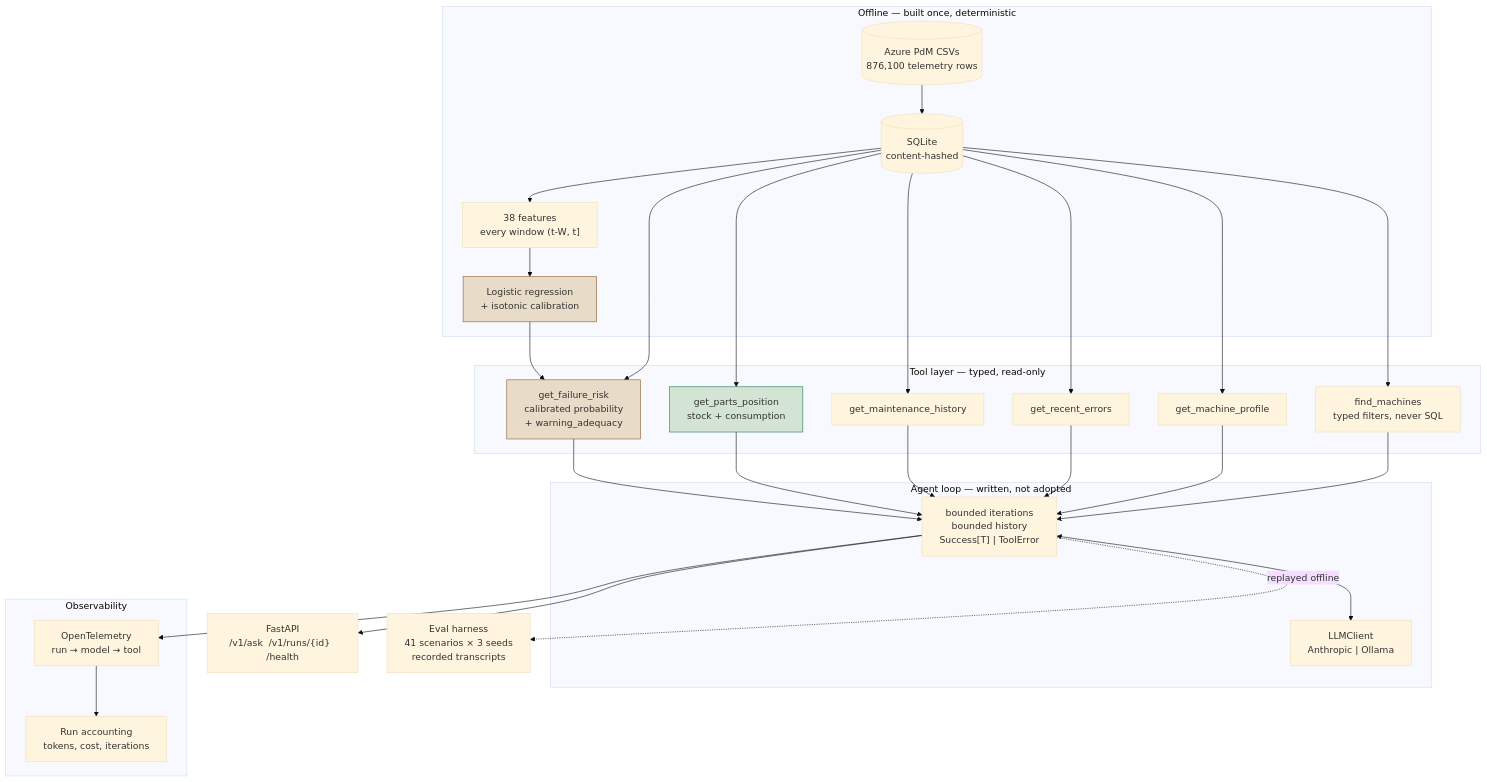
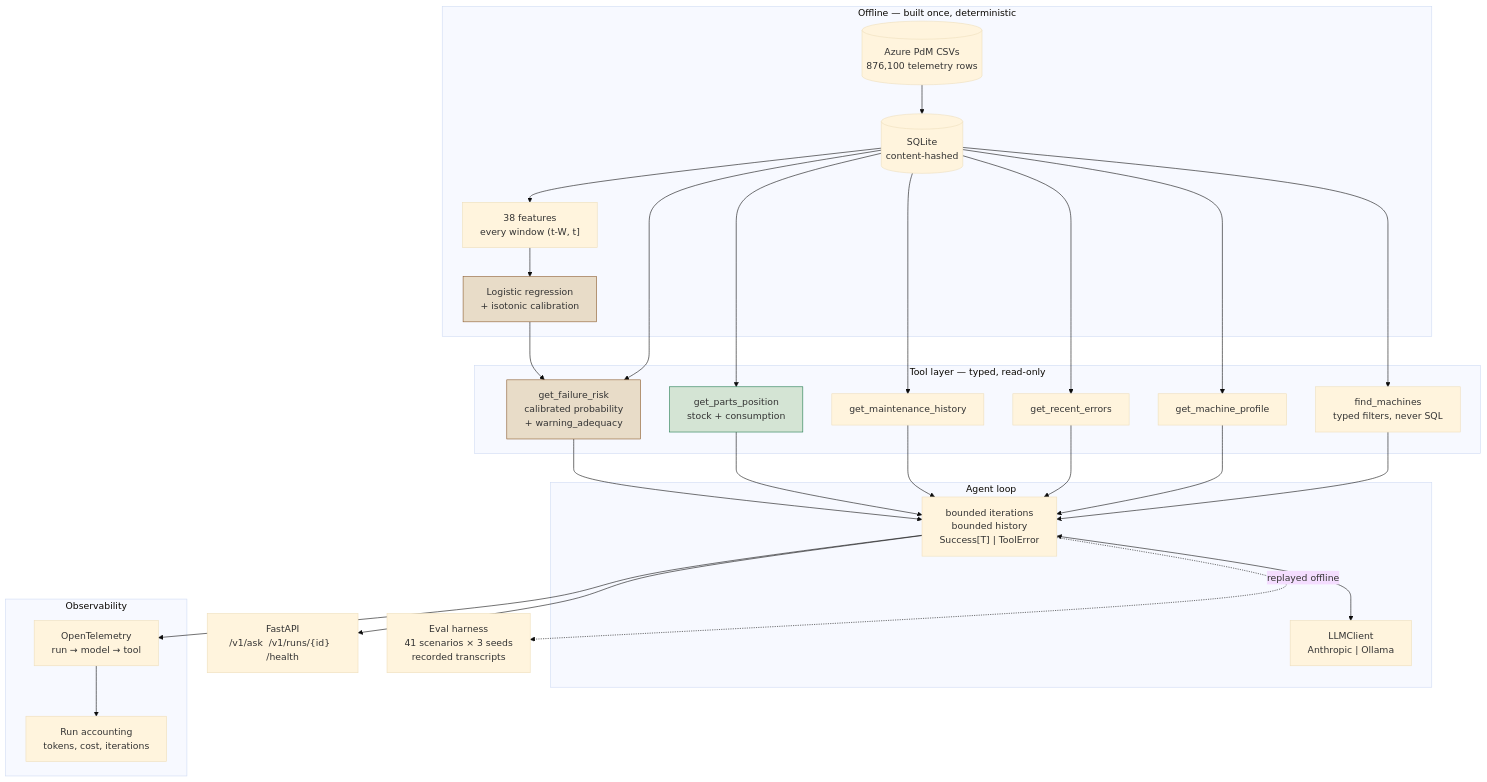
One commit to LomadaDharmateja/predictive-maintenance-agent changed the diagram in README.md. Above: the diagram before and after it, drawn with Mermaid (base theme). The commit also changed other lines of this file and 1 other file, not shown here.

````diff
--- a/README.md
+++ b/README.md
@@ -153,45 +94,45 @@
 ```mermaid
 flowchart TB
     subgraph offline["Offline — built once, deterministic"]
         raw[("Azure PdM CSVs<br/>876,100 telemetry rows")]
         db[("SQLite<br/>content-hashed")]
         feat["38 features<br/>every window (t-W, t]"]
         model["Logistic regression<br/>+ isotonic calibration"]
         raw --> db --> feat --> model
     end
 
     subgraph tools["Tool layer — typed, read-only"]
         risk["get_failure_risk<br/>calibrated probability<br/>+ warning_adequacy"]
         parts["get_parts_position<br/>stock + consumption"]
         hist["get_maintenance_history"]
         errs["get_recent_errors"]
         prof["get_machine_profile"]
         find["find_machines<br/>typed filters, never SQL"]
     end
 
-    subgraph agent["Agent loop — written, not adopted"]
+    subgraph agent["Agent loop"]
         loop["bounded iterations<br/>bounded history<br/>Success[T] | ToolError"]
         prov["LLMClient<br/>Anthropic | Ollama"]
     end
 
     subgraph obs["Observability"]
         span["OpenTelemetry<br/>run → model → tool"]
         acct["Run accounting<br/>tokens, cost, iterations"]
     end
 
     api["FastAPI<br/>/v1/ask  /v1/runs/{id}  /health"]
 
     model --> risk
     db --> risk & parts & hist & errs & prof & find
     risk & parts & hist & errs & prof & find --> loop
     loop <--> prov
     loop --> span --> acct
     loop --> api
 
     evals["Eval harness<br/>41 scenarios × 3 seeds<br/>recorded transcripts"]
     loop -.replayed offline.-> evals
 
     style model fill:#e8dcc8,stroke:#8a5a2b
     style risk fill:#e8dcc8,stroke:#8a5a2b
     style parts fill:#d4e4d4,stroke:#1f7a4d
 ```
````
